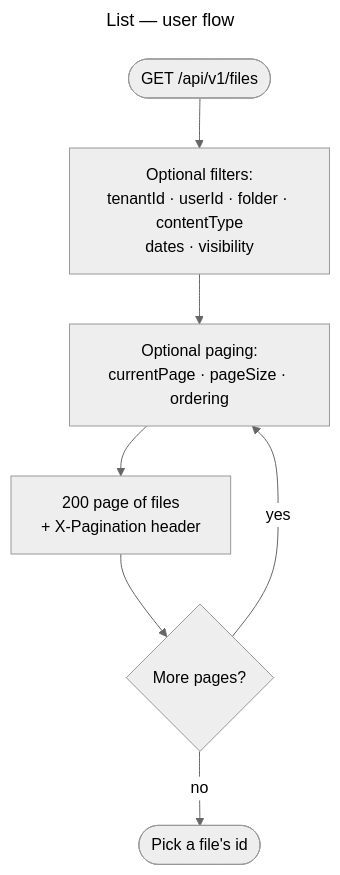
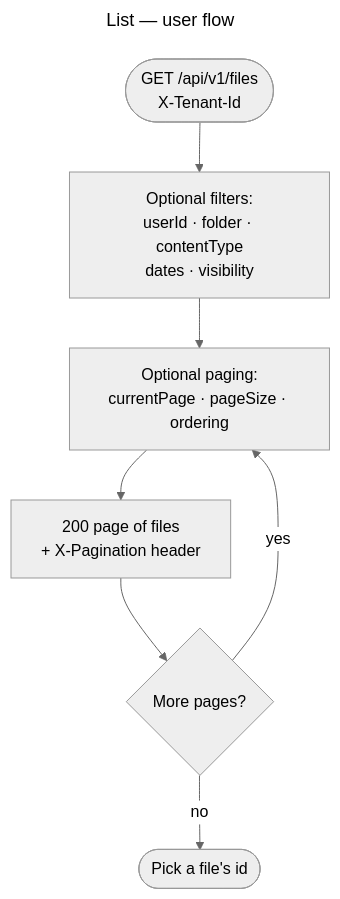
The sixth of 12 diagrams in docs/user-flows.md (gmetskhvarishvili/GM.FileStorage.Samples), drawn with Mermaid (neutral theme) before and after one commit. The commit also changed other lines of this file and 23 other files, not shown here.

````diff
--- a/docs/user-flows.md
+++ b/docs/user-flows.md
@@ -157,12 +164,12 @@
 ```mermaid
 ---
 title: List — user flow
 ---
 flowchart TD
-    start([GET /api/v1/files]) --> filters[Optional filters:<br/>tenantId · userId · folder · contentType<br/>dates · visibility]
+    start([GET /api/v1/files<br/>X-Tenant-Id]) --> filters[Optional filters:<br/>userId · folder · contentType<br/>dates · visibility]
     filters --> paging[Optional paging:<br/>currentPage · pageSize · ordering]
     paging --> res[200 page of files<br/>+ X-Pagination header]
     res --> more{More pages?}
     more -- yes --> paging
     more -- no --> done([Pick a file's id])
 ```
````
